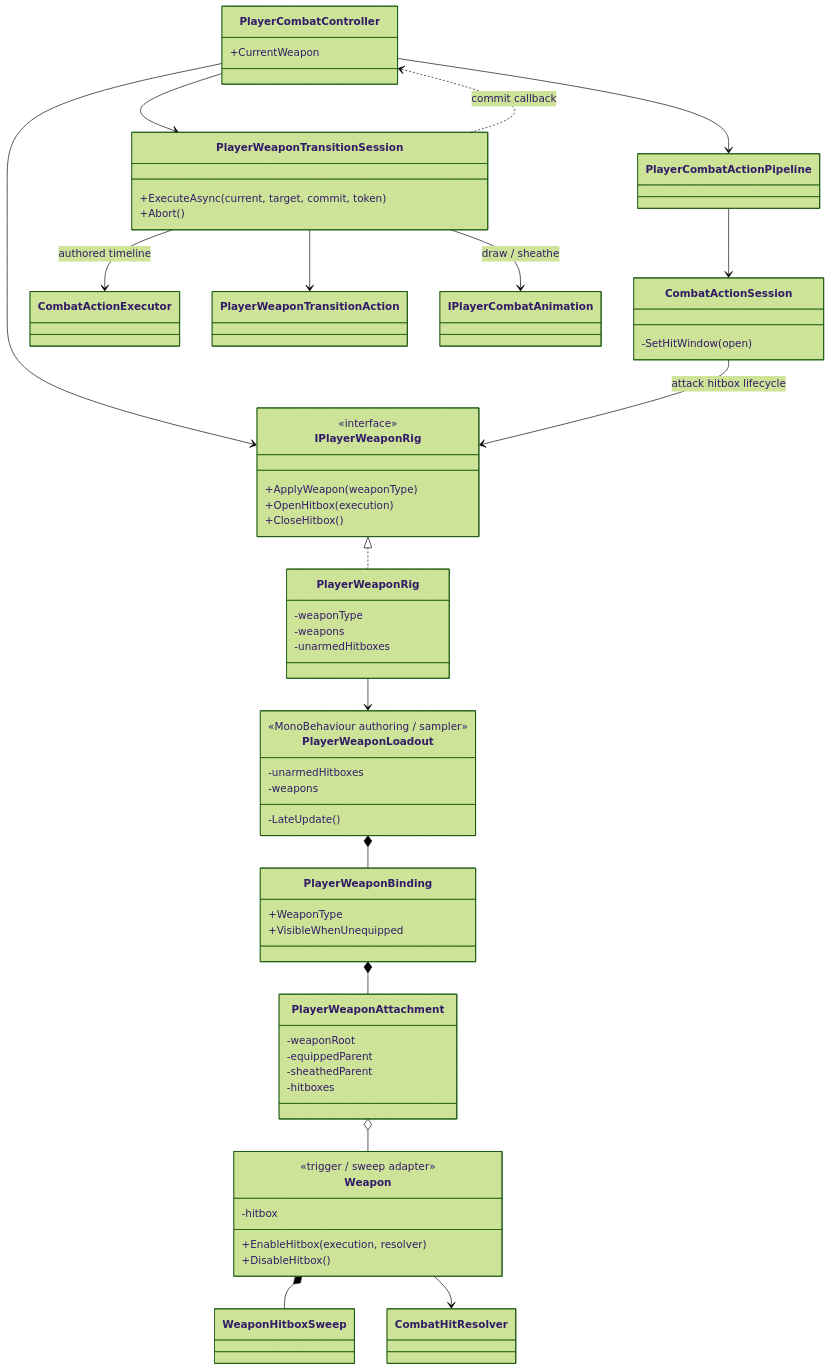
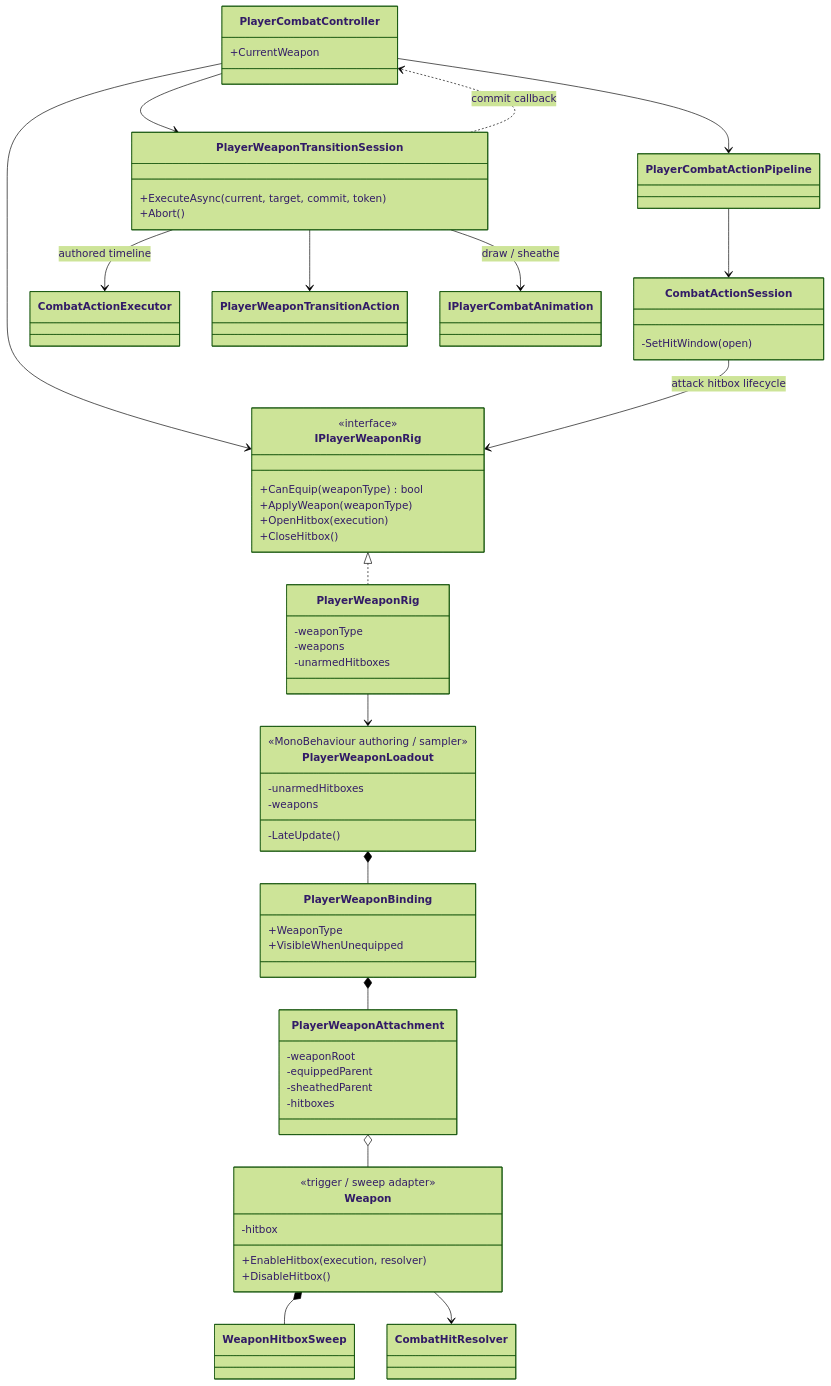
Before and after one commit to MaximFonariuc/project-s: the diagram in Docs/Architecture/Combat.WeaponLoadout.md, drawn with Mermaid (forest theme). The commit also changed other lines of this file and 4 other files, not shown here.

````diff
--- a/Docs/Architecture/Combat.WeaponLoadout.md
+++ b/Docs/Architecture/Combat.WeaponLoadout.md
@@ -21,69 +21,70 @@
 ```mermaid
 classDiagram
     class PlayerCombatController {
         +CurrentWeapon
     }
     class PlayerCombatActionPipeline
     class CombatActionSession {
         -SetHitWindow(open)
     }
     class PlayerWeaponTransitionSession {
         +ExecuteAsync(current, target, commit, token)
         +Abort()
     }
     class CombatActionExecutor
     class PlayerWeaponTransitionAction
     class IPlayerCombatAnimation
     class IPlayerWeaponRig {
         <<interface>>
+        +CanEquip(weaponType) bool
         +ApplyWeapon(weaponType)
         +OpenHitbox(execution)
         +CloseHitbox()
     }
     class PlayerWeaponRig {
         -weaponType
         -weapons
         -unarmedHitboxes
     }
     class PlayerWeaponLoadout {
         <<MonoBehaviour authoring / sampler>>
         -unarmedHitboxes
         -weapons
         -LateUpdate()
     }
     class PlayerWeaponBinding {
         +WeaponType
         +VisibleWhenUnequipped
     }
     class PlayerWeaponAttachment {
         -weaponRoot
         -equippedParent
         -sheathedParent
         -hitboxes
     }
     class Weapon {
         <<trigger / sweep adapter>>
         -hitbox
         +EnableHitbox(execution, resolver)
         +DisableHitbox()
     }
     class WeaponHitboxSweep
     class CombatHitResolver
 
     PlayerCombatController --> IPlayerWeaponRig
     PlayerCombatController --> PlayerCombatActionPipeline
     PlayerCombatActionPipeline --> CombatActionSession
     PlayerCombatController --> PlayerWeaponTransitionSession
     CombatActionSession --> IPlayerWeaponRig : attack hitbox lifecycle
     PlayerWeaponTransitionSession --> CombatActionExecutor : authored timeline
     PlayerWeaponTransitionSession --> PlayerWeaponTransitionAction
     PlayerWeaponTransitionSession --> IPlayerCombatAnimation : draw / sheathe
     PlayerWeaponTransitionSession ..> PlayerCombatController : commit callback
     IPlayerWeaponRig <|.. PlayerWeaponRig
     PlayerWeaponRig --> PlayerWeaponLoadout
     PlayerWeaponLoadout *-- PlayerWeaponBinding
     PlayerWeaponBinding *-- PlayerWeaponAttachment
     PlayerWeaponAttachment o-- Weapon
     Weapon *-- WeaponHitboxSweep
     Weapon --> CombatHitResolver
 ```
````
